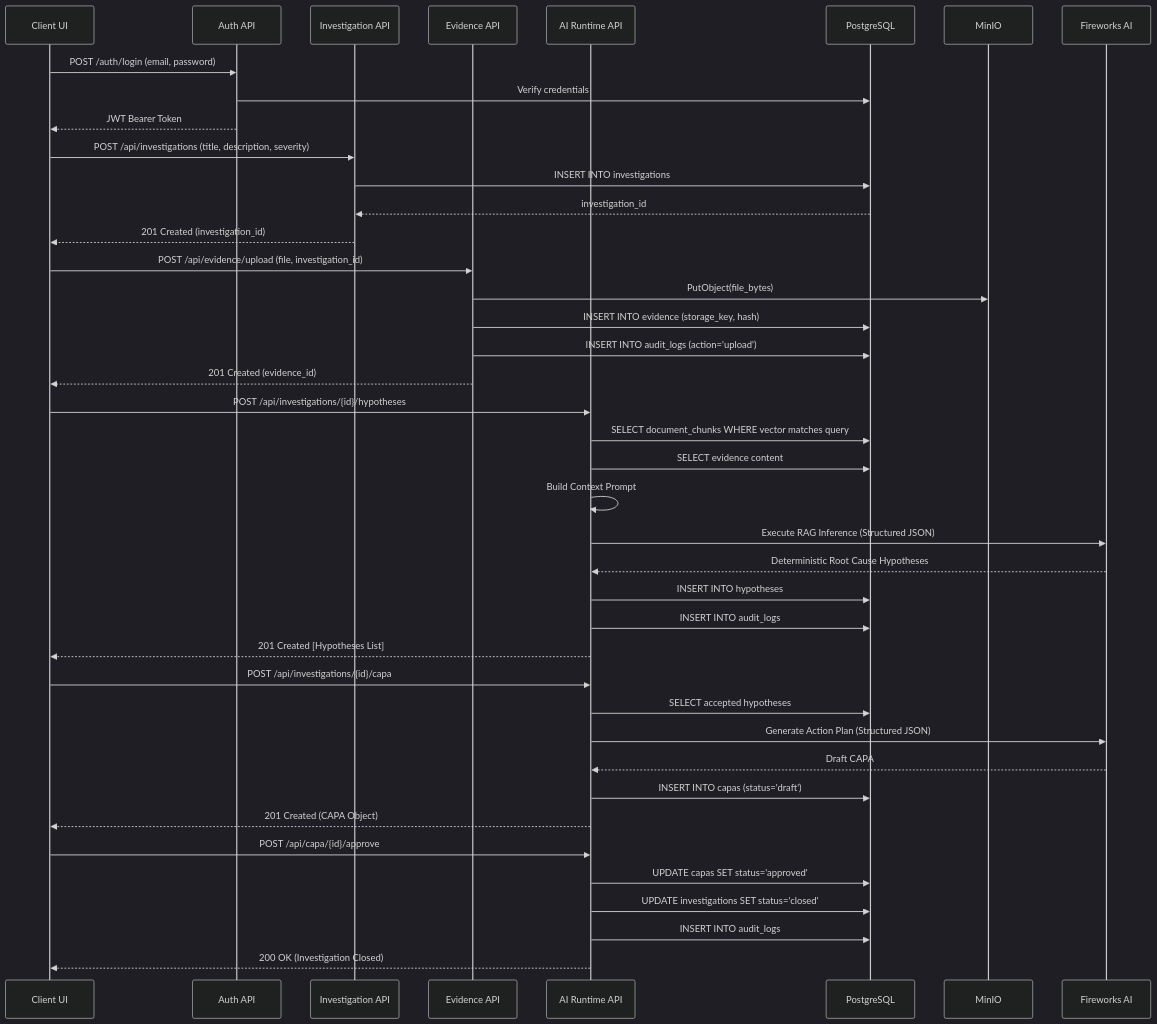
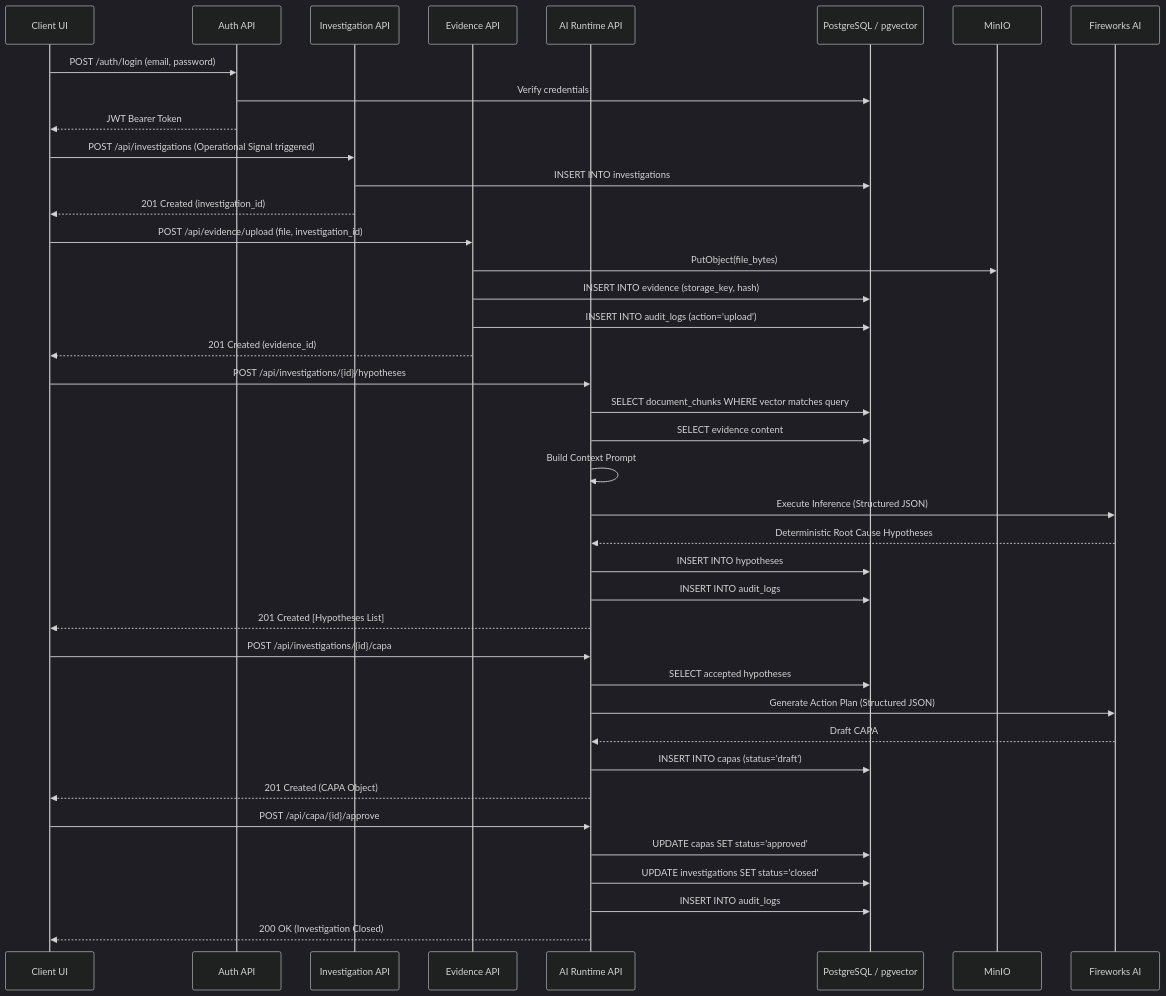
One commit to Enigma0405/Helix changed the second of 4 diagrams in docs/17_BACKEND_WORKFLOW_MAPPING.md. Above: the diagram before and after it, drawn with Mermaid (dark theme). The commit also changed other lines of this file, not shown here.

Commit message:
docs: Refine runtime mapping into EvidenceOps Execution Engine specification for Unicorn Track

````diff
--- a/docs/17_BACKEND_WORKFLOW_MAPPING.md
+++ b/docs/17_BACKEND_WORKFLOW_MAPPING.md
@@ -67,54 +48,53 @@
 ```mermaid
 sequenceDiagram
     participant UI as Client UI
     participant Auth as Auth API
     participant Inv as Investigation API
     participant Evid as Evidence API
     participant AI as AI Runtime API
-    participant DB as PostgreSQL
+    participant DB as PostgreSQL / pgvector
     participant S3 as MinIO
 
-    %% Step 1: Auth
+    %% Auth
     UI->>Auth: POST /auth/login (email, password)
     Auth->>DB: Verify credentials
     Auth-->>UI: JWT Bearer Token
 
-    %% Step 2: Initialization
-    UI->>Inv: POST /api/investigations (title, description, severity)
+    %% Initialization
+    UI->>Inv: POST /api/investigations (Operational Signal triggered)
     Inv->>DB: INSERT INTO investigations
-    DB-->>Inv: investigation_id
     Inv-->>UI: 201 Created (investigation_id)
 
-    %% Step 3: Evidence Ingestion
+    %% Evidence Ingestion
     UI->>Evid: POST /api/evidence/upload (file, investigation_id)
     Evid->>S3: PutObject(file_bytes)
     Evid->>DB: INSERT INTO evidence (storage_key, hash)
     Evid->>DB: INSERT INTO audit_logs (action='upload')
     Evid-->>UI: 201 Created (evidence_id)
 
-    %% Step 4: AI Cross-Verification (Assessment)
+    %% AI Cross-Verification (Assessment)
     UI->>AI: POST /api/investigations/{id}/hypotheses
     AI->>DB: SELECT document_chunks WHERE vector matches query
     AI->>DB: SELECT evidence content
     AI->>AI: Build Context Prompt
-    AI->>Fireworks AI: Execute RAG Inference (Structured JSON)
+    AI->>Fireworks AI: Execute Inference (Structured JSON)
     Fireworks AI-->>AI: Deterministic Root Cause Hypotheses
     AI->>DB: INSERT INTO hypotheses
     AI->>DB: INSERT INTO audit_logs
     AI-->>UI: 201 Created [Hypotheses List]
 
-    %% Step 5: CAPA Generation
+    %% CAPA Generation
     UI->>AI: POST /api/investigations/{id}/capa
     AI->>DB: SELECT accepted hypotheses
     AI->>Fireworks AI: Generate Action Plan (Structured JSON)
     Fireworks AI-->>AI: Draft CAPA
     AI->>DB: INSERT INTO capas (status='draft')
     AI-->>UI: 201 Created (CAPA Object)
 
-    %% Step 6: Human Approval
+    %% Human Approval
     UI->>AI: POST /api/capa/{id}/approve
     AI->>DB: UPDATE capas SET status='approved'
     AI->>DB: UPDATE investigations SET status='closed'
     AI->>DB: INSERT INTO audit_logs
     AI-->>UI: 200 OK (Investigation Closed)
 ```
````
